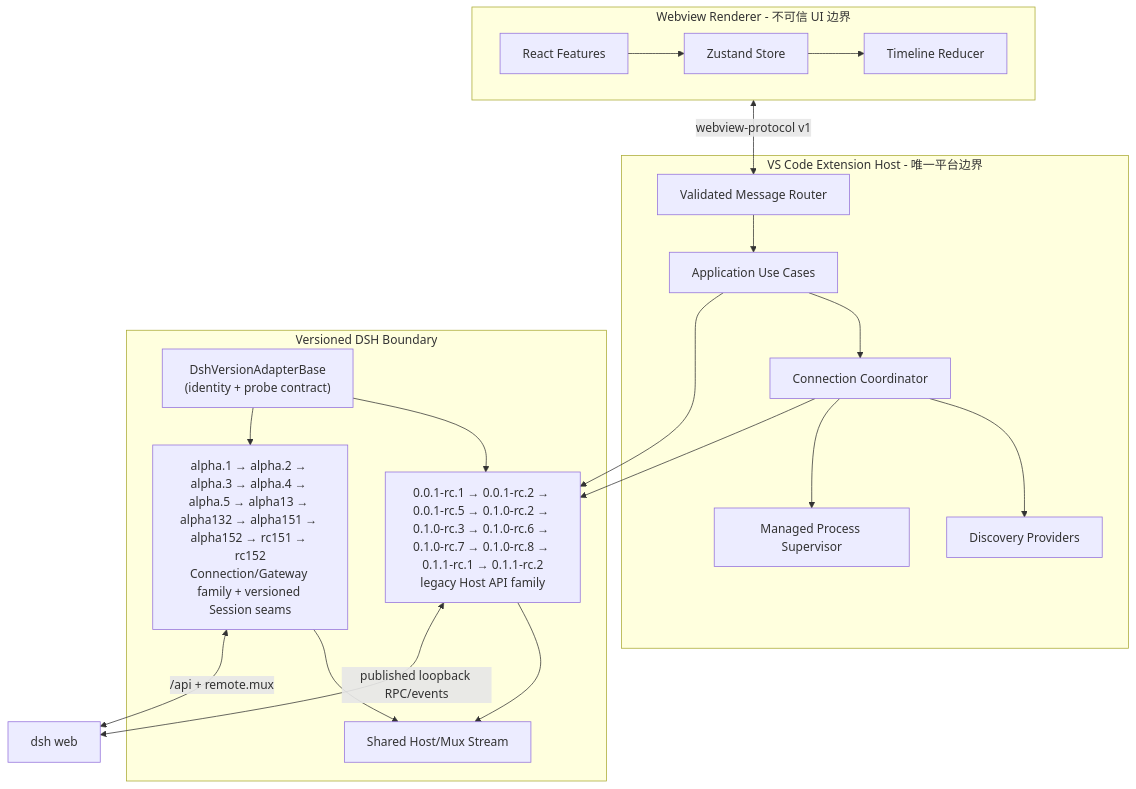
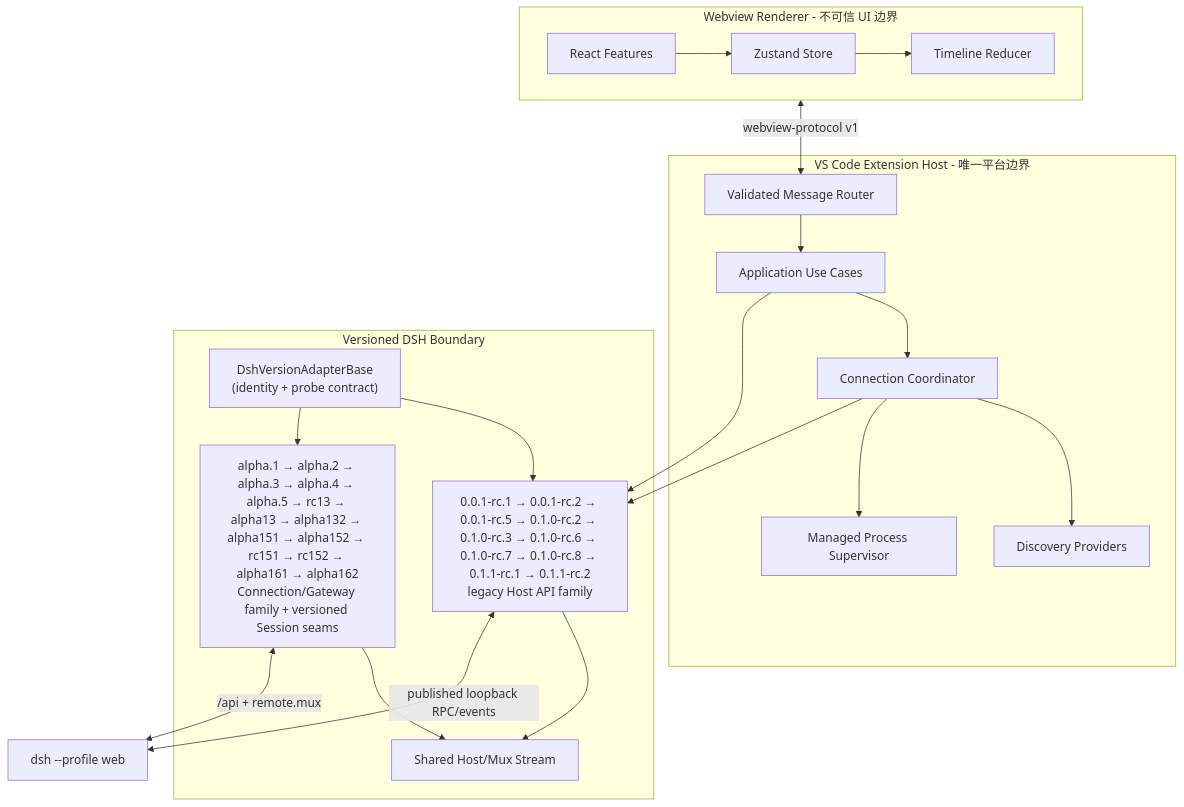
Before and after one commit to Jabofish/deepseek-harness-vscode: the first of 2 diagrams in docs/architecture.md, drawn with Mermaid. The commit also changed other lines of this file and 73 other files, not shown here.

````diff
--- a/docs/architecture.md
+++ b/docs/architecture.md
@@ -5,38 +5,38 @@
 ```mermaid
 flowchart TB
   subgraph Renderer["Webview Renderer - 不可信 UI 边界"]
     REACT["React Features"]
     STORE["Zustand Store"]
     TL["Timeline Reducer"]
     REACT --> STORE --> TL
   end
 
   subgraph Host["VS Code Extension Host - 唯一平台边界"]
     ROUTER["Validated Message Router"]
     UC["Application Use Cases"]
     CC["Connection Coordinator"]
     DISC["Discovery Providers"]
     SUP["Managed Process Supervisor"]
     ROUTER --> UC
     UC --> CC
     CC --> DISC
     CC --> SUP
   end
 
   subgraph Adapter["Versioned DSH Boundary"]
     BASE["DshVersionAdapterBase\n(identity + probe contract)"]
     RC6["0.0.1-rc.1 → 0.0.1-rc.2 → 0.0.1-rc.5 → 0.1.0-rc.2 → 0.1.0-rc.3 → 0.1.0-rc.6 → 0.1.0-rc.7 → 0.1.0-rc.8 → 0.1.1-rc.1 → 0.1.1-rc.2\nlegacy Host API family"]
-    ALPHA["alpha.1 → alpha.2 → alpha.3 → alpha.4 → alpha.5 → alpha13 → alpha132 → alpha151 → alpha152 → rc151 → rc152\nConnection/Gateway family + versioned Session seams"]
+    ALPHA["alpha.1 → alpha.2 → alpha.3 → alpha.4 → alpha.5 → rc13 → alpha13 → alpha132 → alpha151 → alpha152 → rc151 → rc152 → alpha161 → alpha162\nConnection/Gateway family + versioned Session seams"]
     STREAM["Shared Host/Mux Stream"]
     BASE --> RC6
     BASE --> ALPHA
     RC6 --> STREAM
     ALPHA --> STREAM
   end
 
   Renderer <-->|"webview-protocol v1"| ROUTER
   UC --> RC6
   CC --> RC6
-  RC6 <-->|"published loopback RPC/events"| DSH["dsh web"]
+  RC6 <-->|"published loopback RPC/events"| DSH["dsh --profile web"]
   ALPHA <-->|"/api + remote.mux"| DSH
 ```
````
